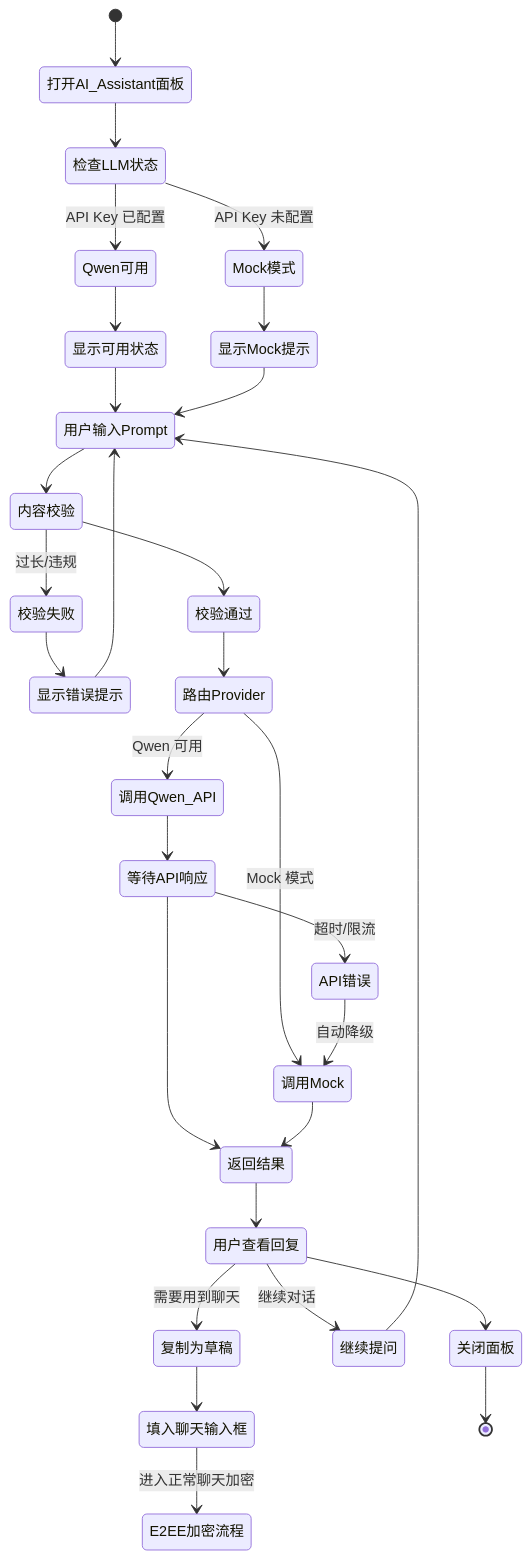
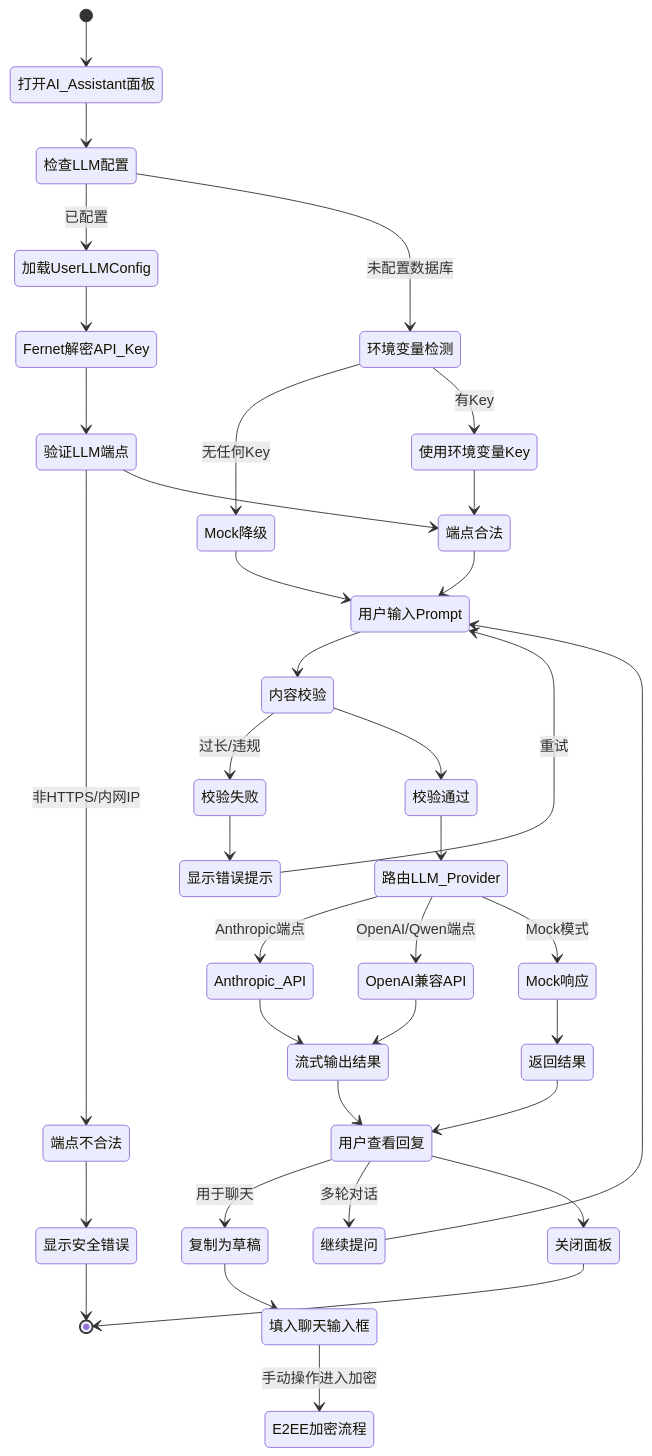
One commit to HeanX/iChat_Pro changed the ninth of 9 diagrams in docs/iChat Pro UML 与架构图交付文档.md. Above: the diagram before and after it, drawn with Mermaid. The commit also changed other lines of this file, not shown here.

First line of the commit message:
docs: complete rewrite of UML & architecture diagrams for current main

````diff
--- a/docs/iChat Pro UML 与架构图交付文档.md
+++ b/docs/iChat Pro UML 与架构图交付文档.md
@@ -472,42 +662,50 @@
 ```mermaid
 stateDiagram-v2
     [*] --> 打开AI_Assistant面板
-    打开AI_Assistant面板 --> 检查LLM状态
+    打开AI_Assistant面板 --> 检查LLM配置
 
-    检查LLM状态 --> Qwen可用: API Key 已配置
-    检查LLM状态 --> Mock模式: API Key 未配置
-    Mock模式 --> 显示Mock提示
+    检查LLM配置 --> 加载UserLLMConfig: 已配置
+    检查LLM配置 --> 环境变量检测: 未配置数据库
+    环境变量检测 --> Mock降级: 无任何Key
+    环境变量检测 --> 使用环境变量Key: 有Key
+    加载UserLLMConfig --> Fernet解密API_Key
 
-    Qwen可用 --> 显示可用状态
-    显示可用状态 --> 用户输入Prompt
-    显示Mock提示 --> 用户输入Prompt
+    Fernet解密API_Key --> 验证LLM端点
+    验证LLM端点 --> 端点不合法: 非HTTPS/内网IP
+    端点不合法 --> 显示安全错误
+    显示安全错误 --> [*]
+    验证LLM端点 --> 端点合法
+
+    使用环境变量Key --> 端点合法
+    端点合法 --> 用户输入Prompt
+    Mock降级 --> 用户输入Prompt
 
     用户输入Prompt --> 内容校验
     内容校验 --> 校验失败: 过长/违规
     校验失败 --> 显示错误提示
-    显示错误提示 --> 用户输入Prompt
+    显示错误提示 --> 用户输入Prompt: 重试
 
     内容校验 --> 校验通过
-    校验通过 --> 路由Provider
+    校验通过 --> 路由LLM_Provider
 
-    路由Provider --> 调用Qwen_API: Qwen 可用
-    路由Provider --> 调用Mock: Mock 模式
+    路由LLM_Provider --> Anthropic_API: Anthropic端点
+    路由LLM_Provider --> OpenAI兼容API: OpenAI/Qwen端点
+    路由LLM_Provider --> Mock响应: Mock模式
 
-    调用Qwen_API --> 等待API响应
-    等待API响应 --> API错误: 超时/限流
-    API错误 --> 调用Mock: 自动降级
-    等待API响应 --> 返回结果
+    Anthropic_API --> 流式输出结果
+    OpenAI兼容API --> 流式输出结果
+    Mock响应 --> 返回结果
 
-    调用Mock --> 返回结果
+    流式输出结果 --> 用户查看回复
+    返回结果 --> 用户查看回复
 
-    返回结果 --> 用户查看回复
-    用户查看回复 --> 复制为草稿: 需要用到聊天
+    用户查看回复 --> 复制为草稿: 用于聊天
     复制为草稿 --> 填入聊天输入框
-    填入聊天输入框 --> E2EE加密流程: 进入正常聊天加密
+    填入聊天输入框 --> E2EE加密流程: 手动操作进入加密
 
-    用户查看回复 --> 继续提问: 继续对话
+    用户查看回复 --> 继续提问: 多轮对话
     继续提问 --> 用户输入Prompt
 
     用户查看回复 --> 关闭面板
     关闭面板 --> [*]
 ```
````
